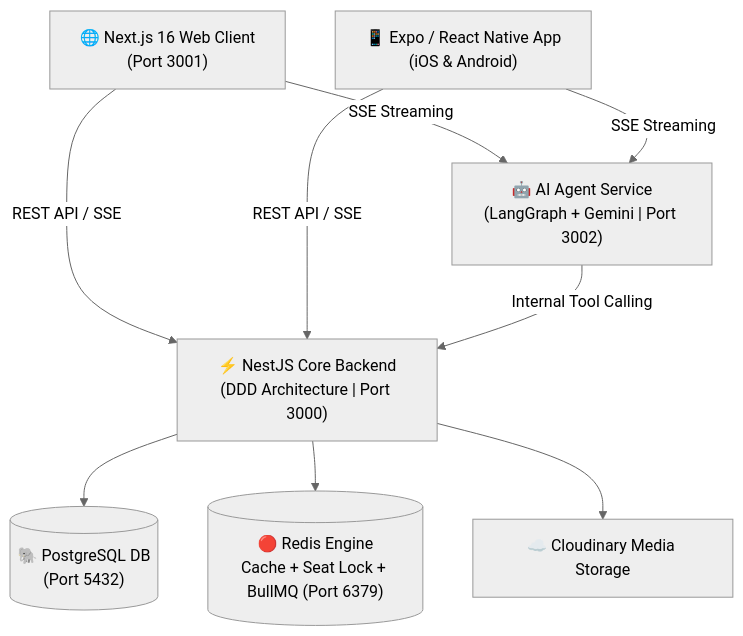
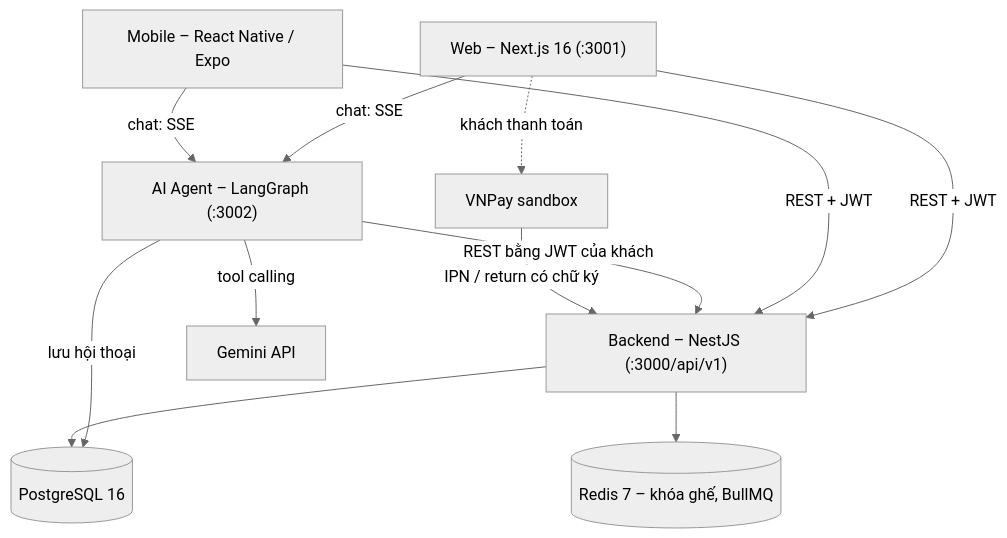
The diagram in README.md (GiaBaoIT27/cinema-booking-agent), drawn with Mermaid (neutral theme) before and after one commit. The commit also changed other lines of this file and 5 other files, not shown here.

````diff
--- a/README.md
+++ b/README.md
@@ -83,21 +63,23 @@
 ```mermaid
-graph TD
-    ClientWeb["🌐 Next.js 16 Web Client<br/>(Port 3001)"]
-    ClientMobile["📱 Expo / React Native App<br/>(iOS & Android)"]
-    AIAgent["🤖 AI Agent Service<br/>(LangGraph + Gemini | Port 3002)"]
-    Backend["⚡ NestJS Core Backend<br/>(DDD Architecture | Port 3000)"]
+flowchart TB
+  Web["Web – Next.js 16 (:3001)"]
+  Mobile["Mobile – React Native / Expo"]
+  Backend["Backend – NestJS (:3000/api/v1)"]
+  Agent["AI Agent – LangGraph (:3002)"]
+  PG[("PostgreSQL 16")]
+  Redis[("Redis 7 – khóa ghế, BullMQ")]
+  Gemini["Gemini API"]
+  VNPay["VNPay sandbox"]
 
-    Postgres[("🐘 PostgreSQL DB<br/>(Port 5432)")]
-    RedisCache[("🔴 Redis Engine<br/>Cache + Seat Lock + BullMQ (Port 6379)")]
-    Cloudinary["☁️ Cloudinary Media Storage"]
-
-    ClientWeb -->|REST API / SSE| Backend
-    ClientMobile -->|REST API / SSE| Backend
-    ClientWeb -->|SSE Streaming| AIAgent
-    ClientMobile -->|SSE Streaming| AIAgent
-
-    AIAgent -->|Internal Tool Calling| Backend
-    Backend --> Postgres
-    Backend --> RedisCache
-    Backend --> Cloudinary
+  Web -->|REST + JWT| Backend
+  Mobile -->|REST + JWT| Backend
+  Web -->|chat: SSE| Agent
+  Mobile -->|chat: SSE| Agent
+  Agent -->|REST bằng JWT của khách| Backend
+  Agent -->|tool calling| Gemini
+  Agent -->|lưu hội thoại| PG
+  Backend --> PG
+  Backend --> Redis
+  Web -.->|khách thanh toán| VNPay
+  VNPay -->|IPN / return có chữ ký| Backend
 ```
````
